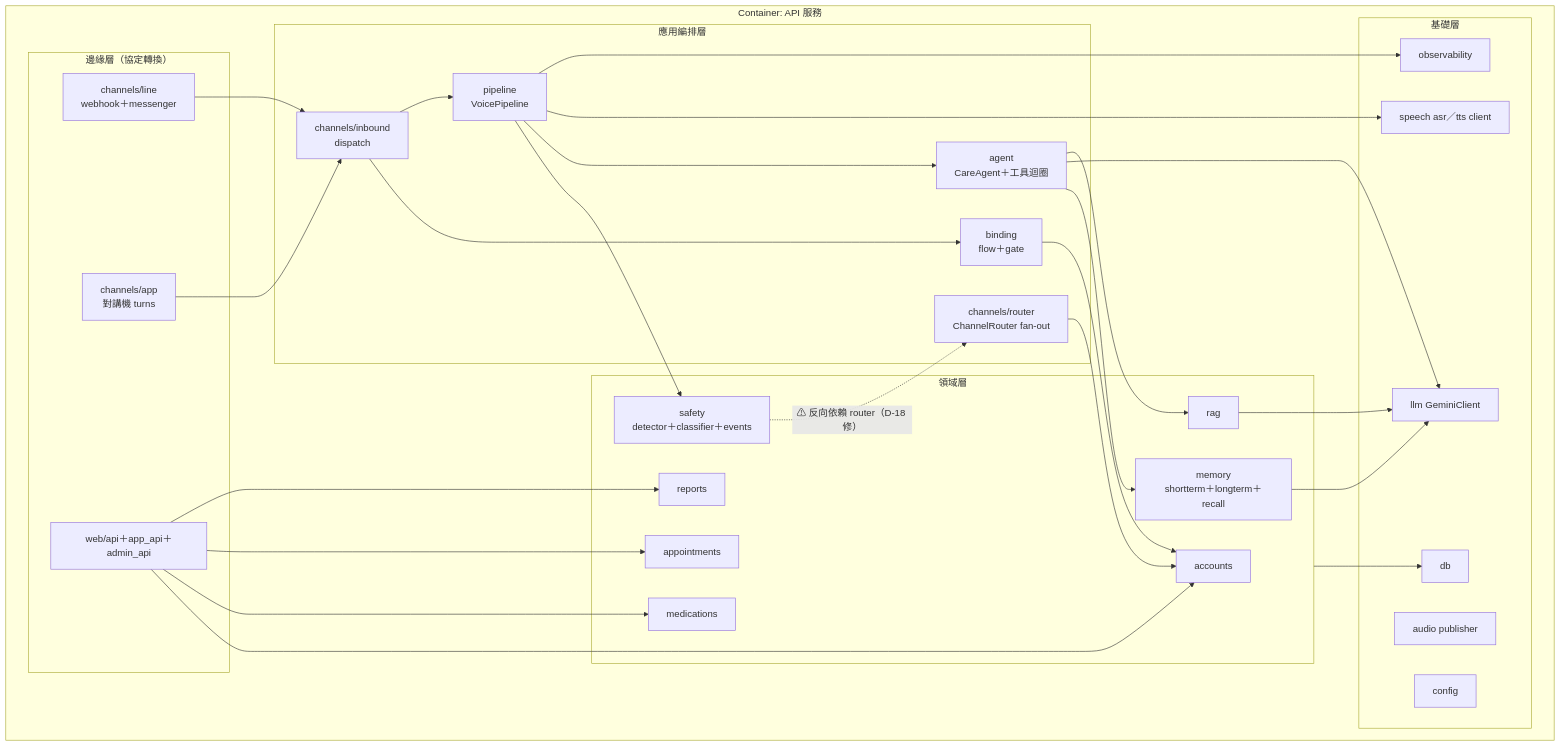
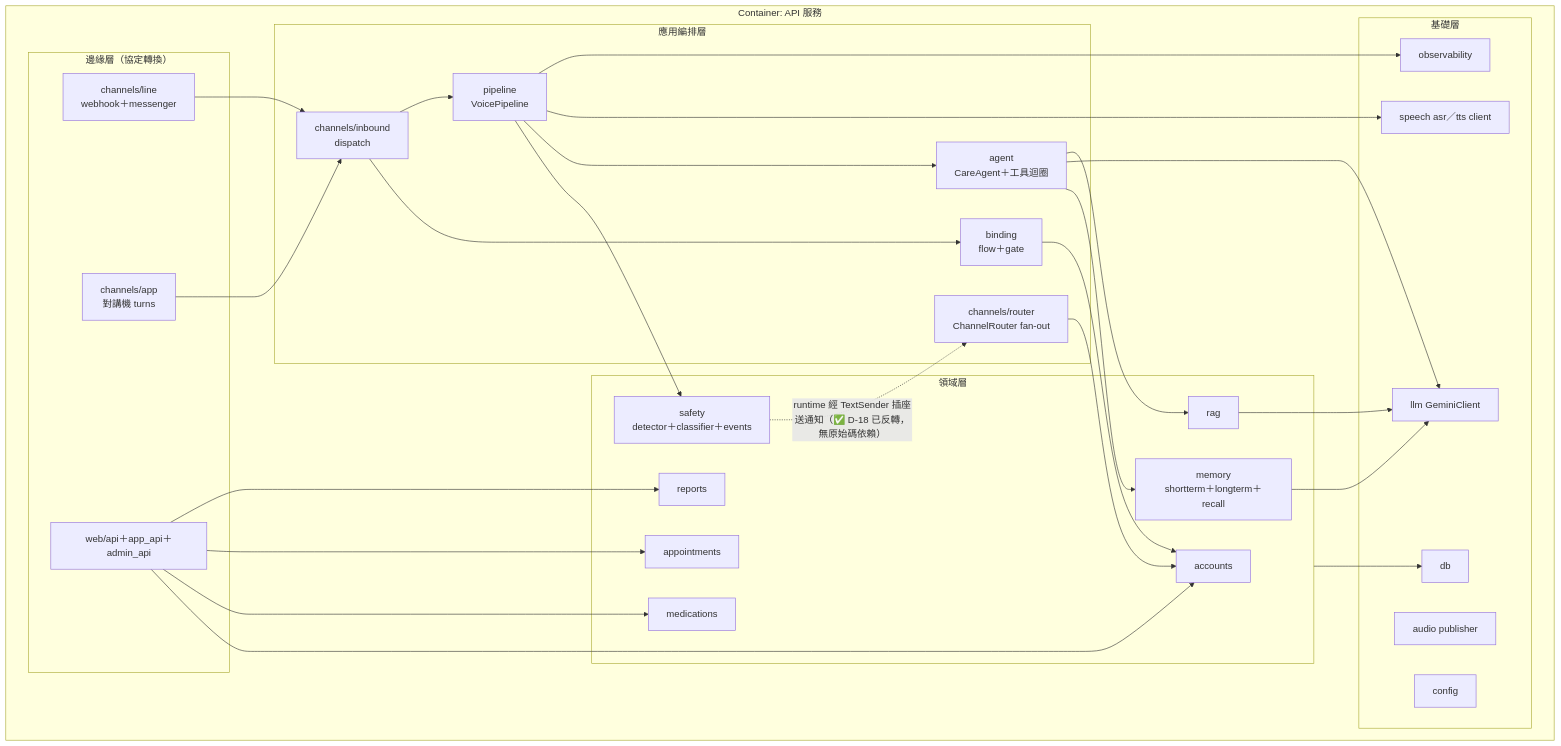
Before and after one commit to leo53021313/kinsun: the fourth of 11 diagrams in docs/dev/05_架構與設計.md, drawn with Mermaid. The commit also changed other lines of this file and 3 other files, not shown here.

````diff
--- a/docs/dev/05_架構與設計.md
+++ b/docs/dev/05_架構與設計.md
@@ -165,56 +165,56 @@
 ```mermaid
 flowchart TD
     subgraph container["Container: API 服務"]
         subgraph edge["邊緣層（協定轉換）"]
             linech["channels/line<br/>webhook＋messenger"]
             appch["channels/app<br/>對講機 turns"]
             webapi["web/api＋app_api＋admin_api"]
         end
         subgraph orch["應用編排層"]
             inbound["channels/inbound<br/>dispatch"]
             pipeline["pipeline<br/>VoicePipeline"]
             agent["agent<br/>CareAgent＋工具迴圈"]
             router["channels/router<br/>ChannelRouter fan-out"]
             binding["binding<br/>flow＋gate"]
         end
         subgraph domain["領域層"]
             accounts["accounts"]
             meds["medications"]
             appts["appointments"]
             safety["safety<br/>detector＋classifier＋events"]
             memory["memory<br/>shortterm＋longterm＋recall"]
             rag["rag"]
             reports["reports"]
         end
         subgraph infra["基礎層"]
             dbmod["db"]
             llm["llm GeminiClient"]
             speech["speech asr／tts client"]
             audio["audio publisher"]
             obs["observability"]
             config["config"]
         end
     end
 
     linech --> inbound
     appch --> inbound
     inbound --> binding
     inbound --> pipeline
     pipeline --> safety
     pipeline --> agent
     pipeline --> speech
     agent --> memory
     agent --> llm
     agent --> rag
     webapi --> accounts
     webapi --> meds
     webapi --> appts
     webapi --> reports
     binding --> accounts
     router --> accounts
-    safety -. "⚠ 反向依賴 router（D-18 修）" .-> router
+    safety -. "runtime 經 TextSender 插座送通知（✅ D-18 已反轉，無原始碼依賴）" .-> router
     domain --> dbmod
     memory --> llm
     rag --> llm
     pipeline --> obs
 ```
````
